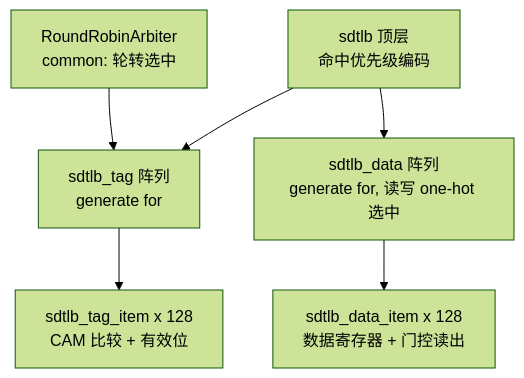
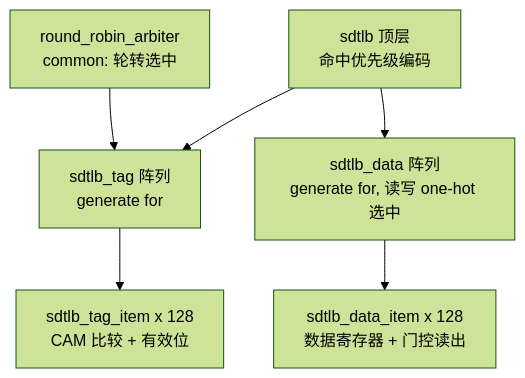
The diagram in .agents/notes/sdtlb实现决策与进展.md (DuBirdFly/C1_SDecoder), drawn with Mermaid (forest theme) before and after one commit. The commit also changed other lines of this file and 4 other files, not shown here.

First line of the commit message:
refactor(rtl): RoundRobinArbiter 改名 round_robin_arbiter (module 全小写下划线式)

````diff
--- a/.agents/notes/sdtlb实现决策与进展.md
+++ b/.agents/notes/sdtlb实现决策与进展.md
@@ -13,8 +13,8 @@
 ```mermaid
 flowchart TB
     SDTLB["sdtlb 顶层<br/>命中优先级编码"] --> TAGARR["sdtlb_tag 阵列<br/>generate for"]
     SDTLB --> DATAARR["sdtlb_data 阵列<br/>generate for, 读写 one-hot 选中"]
-    ARB["RoundRobinArbiter<br/>common: 轮转选中"] --> TAGARR
+    ARB["round_robin_arbiter<br/>common: 轮转选中"] --> TAGARR
     TAGARR --> TI["sdtlb_tag_item x 128<br/>CAM 比较 + 有效位"]
     DATAARR --> DI["sdtlb_data_item x 128<br/>数据寄存器 + 门控读出"]
 ```
````
